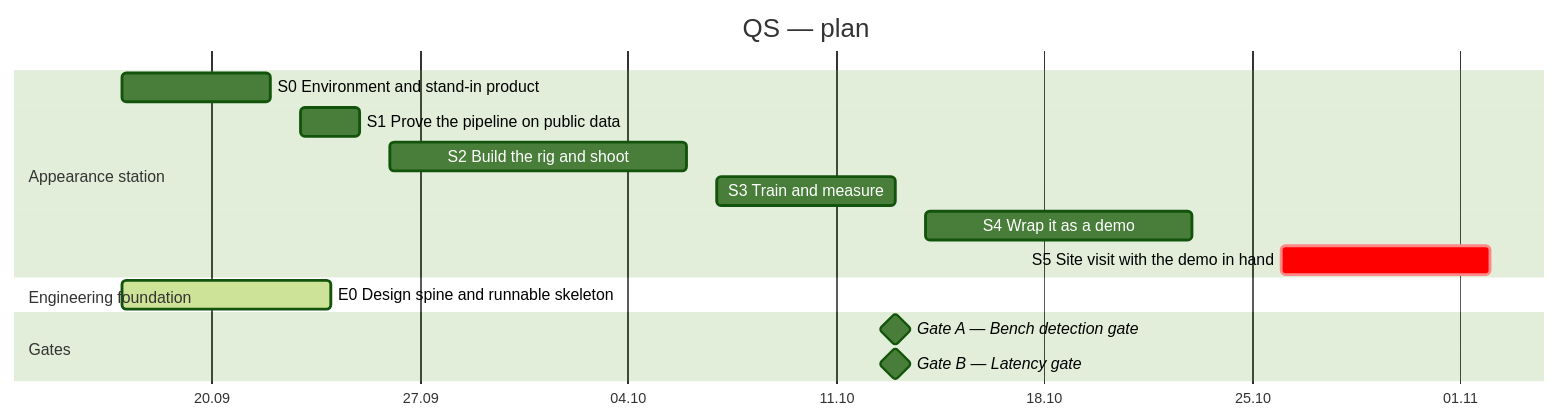
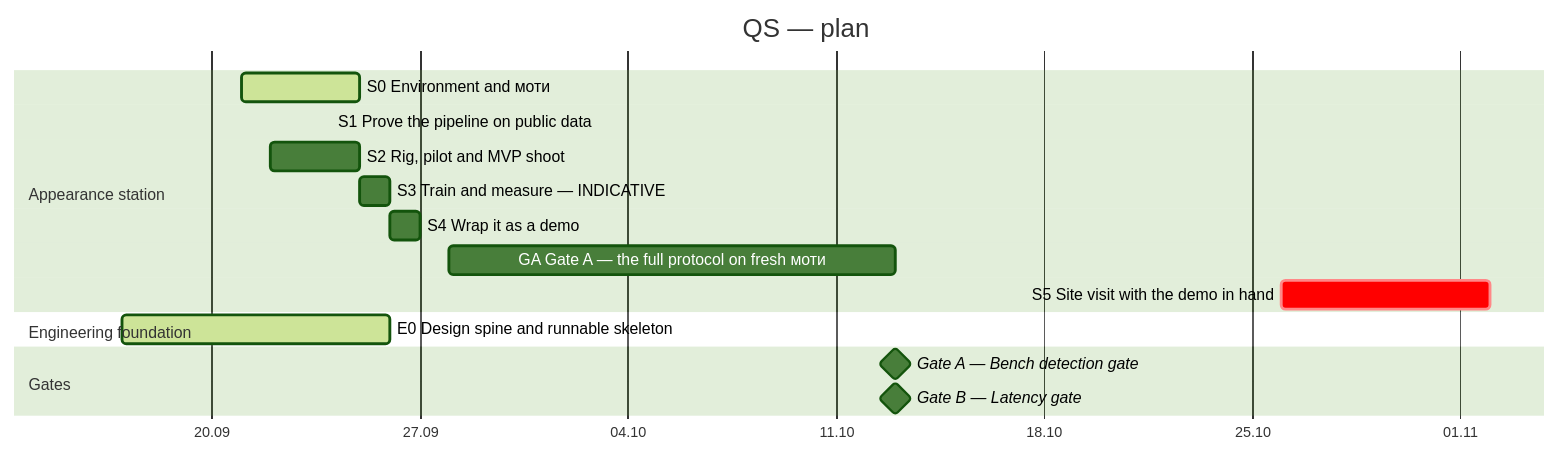
Before and after one commit to Ali-Jabowr/qs: the diagram in docs/diagrams/timeline.mmd, drawn with Mermaid (forest theme). The commit also changed 25 other files, not shown here.

```diff
--- a/docs/diagrams/timeline.mmd
+++ b/docs/diagrams/timeline.mmd
@@ -1,18 +1,19 @@
 %% GENERATED by tools/render.py from project.yml. Do not edit by hand.
 gantt
     title QS — plan
     dateFormat YYYY-MM-DD
     axisFormat %d.%m
     todayMarker stroke-width:2px,stroke:#d33,opacity:0.6
     section Appearance station
-    S0 Environment and stand-in product :s0, 2026-09-17, 2026-09-22
-    S1 Prove the pipeline on public data :s1, 2026-09-23, 2026-09-25
-    S2 Build the rig and shoot :s2, 2026-09-26, 2026-10-06
-    S3 Train and measure :s3, 2026-10-07, 2026-10-13
-    S4 Wrap it as a demo :s4, 2026-10-14, 2026-10-23
+    S0 Environment and моти :active, s0, 2026-09-21, 2026-09-25
+    S1 Prove the pipeline on public data :s1, 2026-09-24, 2026-09-24
+    S2 Rig, pilot and MVP shoot :s2, 2026-09-22, 2026-09-25
+    S3 Train and measure — INDICATIVE :s3, 2026-09-25, 2026-09-26
+    S4 Wrap it as a demo :s4, 2026-09-26, 2026-09-27
+    GA Gate A — the full protocol on fresh моти :ga, 2026-09-28, 2026-10-13
     S5 Site visit with the demo in hand :crit, s5, 2026-10-26, 7d
     section Engineering foundation
-    E0 Design spine and runnable skeleton :active, e0, 2026-09-17, 2026-09-24
+    E0 Design spine and runnable skeleton :active, e0, 2026-09-17, 2026-09-26
     section Gates
     Gate A — Bench detection gate :milestone, gatea, 2026-10-13, 0d
     Gate B — Latency gate :milestone, gateb, 2026-10-13, 0d
```
